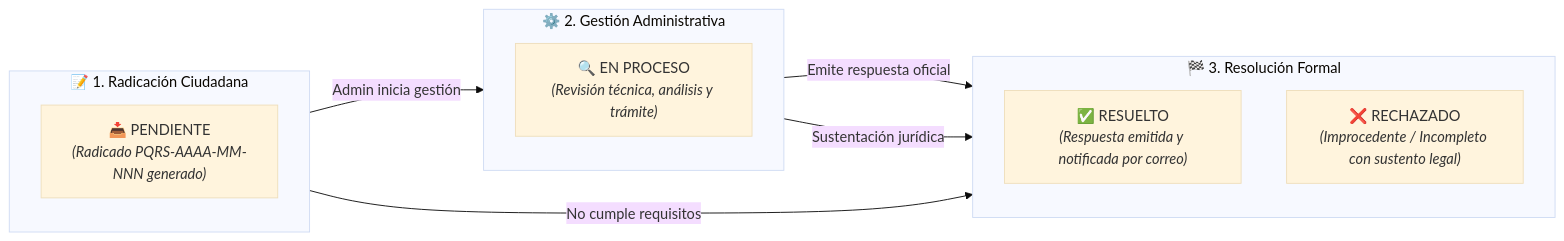
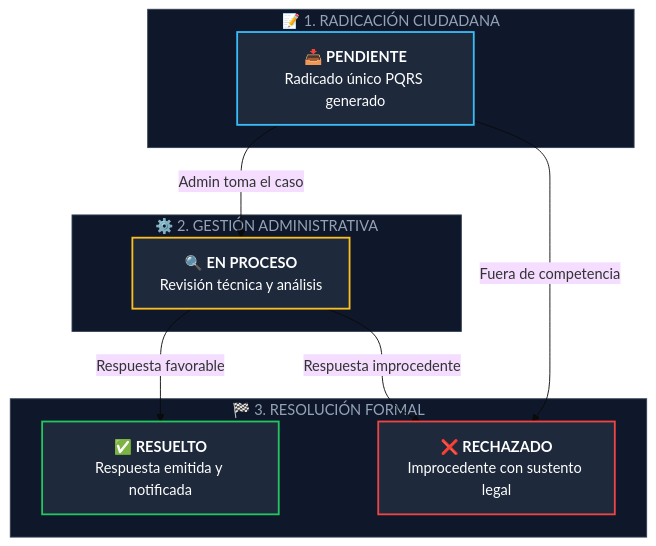
The first of 2 diagrams in docs/Especificacion_Requisitos.md (Santiago072/SistemaPQRS), drawn with Mermaid (base theme) before and after one commit. The commit also changed other lines of this file, not shown here.

Commit message:
docs: ampliar y estilizar cajas del diagrama con ancho generoso para evitar recortes de texto

````diff
--- a/docs/Especificacion_Requisitos.md
+++ b/docs/Especificacion_Requisitos.md
@@ -17,23 +17,28 @@
 ```mermaid
-graph LR
-    subgraph RADICACION["📝 1. Radicación Ciudadana"]
-        direction TB
-        E1["📥 PENDIENTE<br/><i>(Radicado PQRS-AAAA-MM-NNN generado)</i>"]
+graph TB
+    subgraph S1["📝 1. RADICACIÓN CIUDADANA"]
+        E1["📥 <b>PENDIENTE</b><br>Radicado único PQRS generado"]
     end
 
-    subgraph GESTION["⚙️ 2. Gestión Administrativa"]
-        direction TB
-        E2["🔍 EN PROCESO<br/><i>(Revisión técnica, análisis y trámite)</i>"]
+    subgraph S2["⚙️ 2. GESTIÓN ADMINISTRATIVA"]
+        E2["🔍 <b>EN PROCESO</b><br>Revisión técnica y análisis"]
     end
 
-    subgraph CIERRE["🏁 3. Resolución Formal"]
-        direction TB
-        E3["✅ RESUELTO<br/><i>(Respuesta emitida y notificada por correo)</i>"]
-        E4["❌ RECHAZADO<br/><i>(Improcedente / Incompleto con sustento legal)</i>"]
+    subgraph S3["🏁 3. RESOLUCIÓN FORMAL"]
+        E3["✅ <b>RESUELTO</b><br>Respuesta emitida y notificada"]
+        E4["❌ <b>RECHAZADO</b><br>Improcedente con sustento legal"]
     end
 
-    E1 -->|"Admin inicia gestión"| E2
-    E1 -->|"No cumple requisitos"| E4
-    E2 -->|"Emite respuesta oficial"| E3
-    E2 -->|"Sustentación jurídica"| E4
+    E1 -->|"Admin toma el caso"| E2
+    E1 -->|"Fuera de competencia"| E4
+    E2 -->|"Respuesta favorable"| E3
+    E2 -->|"Respuesta improcedente"| E4
+
+    style E1 fill:#1e293b,stroke:#38bdf8,stroke-width:2px,color:#ffffff
+    style E2 fill:#1e293b,stroke:#fbbf24,stroke-width:2px,color:#ffffff
+    style E3 fill:#1e293b,stroke:#22c55e,stroke-width:2px,color:#ffffff
+    style E4 fill:#1e293b,stroke:#ef4444,stroke-width:2px,color:#ffffff
+    style S1 fill:#0f172a,stroke:#334155,stroke-width:1px,color:#94a3b8
+    style S2 fill:#0f172a,stroke:#334155,stroke-width:1px,color:#94a3b8
+    style S3 fill:#0f172a,stroke:#334155,stroke-width:1px,color:#94a3b8
 ```
````
